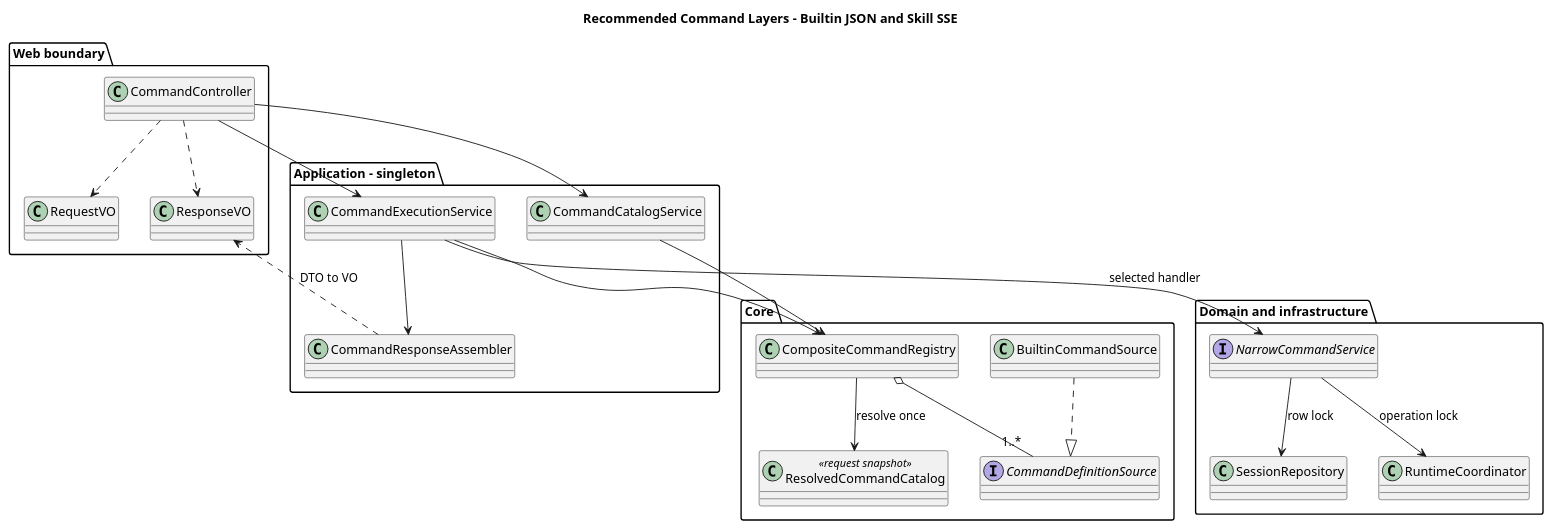
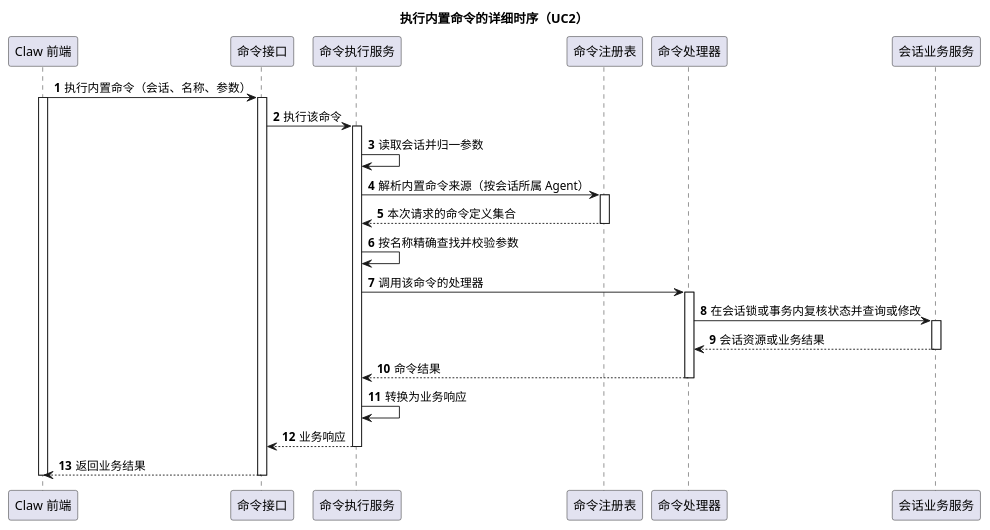
The third of 5 diagrams in 04-命令与技能/00-Slash-Command通用模块/设计图/diagram.puml (ssm0808/pi-mono-java-design), drawn with PlantUML before and after one commit. The commit also changed other lines of this file and 35 other files, not shown here.

First line of the commit message:
Slash Command 设计重写：命令清单改为按 agentId 查询

```diff
--- a/04-命令与技能/00-Slash-Command通用模块/设计图/diagram.puml
+++ b/04-命令与技能/00-Slash-Command通用模块/设计图/diagram.puml
@@ -1,41 +67,30 @@
-@startuml target_slash_command_boundaries
-title Recommended Command Layers - Builtin JSON and Skill SSE
-' Source evidence: pi-mono-java@0bb794f2 modules/coding-agent-cli/src/main/java/com/campusclaw/codingagent/runtimeapi/command/CompositeCommandRegistry.java resolve.
-' Architecture change: JSON command execution uses narrow services and no generic lifecycle store.
+@startuml execute_builtin_command
+title 执行内置命令的详细时序（UC2）
+' 源码证据：pi-mono-java@fd431002 modules/coding-agent-cli/src/main/java/com/campusclaw/codingagent/runtimeapi/web/RuntimeCommandController.java execute；同包 service/command/CommandExecutionService.java executeBuiltinAndAwait；service/command/CommandResponseAssembler.java。
+' 已观察行为：Builtin 分支按会话解析仅含内置来源的命令定义，经 Handler 委派窄业务服务，结果转换为 JSON。
+' 设计原因：清单与执行使用同一 Definition 身份；可变状态在所属锁或事务内重新准入，不信任先前清单。
 skinparam shadowing false
-package "Web boundary" {
-  class CommandController
-  class RequestVO
-  class ResponseVO
-}
-package "Application - singleton" {
-  class CommandCatalogService
-  class CommandExecutionService
-  class CommandResponseAssembler
-}
-package "Core" {
-  interface CommandDefinitionSource
-  class BuiltinCommandSource
-  class CompositeCommandRegistry
-  class ResolvedCommandCatalog <<request snapshot>>
-}
-package "Domain and infrastructure" {
-  interface NarrowCommandService
-  class SessionRepository
-  class RuntimeCoordinator
-}
-CommandController --> CommandCatalogService
-CommandController --> CommandExecutionService
-CommandController ..> RequestVO
-CommandController ..> ResponseVO
-CommandExecutionService --> CommandResponseAssembler
-CommandCatalogService --> CompositeCommandRegistry
-CommandExecutionService --> CompositeCommandRegistry
-CompositeCommandRegistry o-- "1..*" CommandDefinitionSource
-BuiltinCommandSource ..|> CommandDefinitionSource
-CompositeCommandRegistry --> ResolvedCommandCatalog : resolve once
-CommandExecutionService --> NarrowCommandService : selected handler
-NarrowCommandService --> SessionRepository : row lock
-NarrowCommandService --> RuntimeCoordinator : operation lock
-CommandResponseAssembler ..> ResponseVO : DTO to VO
+autonumber
+participant "Claw 前端" as Web
+participant "命令接口" as Api
+participant "命令执行服务" as Exec
+participant "命令注册表" as Registry
+participant "命令处理器" as Handler
+participant "会话业务服务" as Domain
+
+Web -> Api ++ : 执行内置命令（会话、名称、参数）
+activate Web
+Api -> Exec ++ : 执行该命令
+Exec -> Exec : 读取会话并归一参数
+Exec -> Registry ++ : 解析内置命令来源（按会话所属 Agent）
+return 本次请求的命令定义集合
+Exec -> Exec : 按名称精确查找并校验参数
+Exec -> Handler ++ : 调用该命令的处理器
+Handler -> Domain ++ : 在会话锁或事务内复核状态并查询或修改
+return 会话资源或业务结果
+return 命令结果
+Exec -> Exec : 转换为业务响应
+return 业务响应
+return 返回业务结果
+deactivate Web
 @enduml
```
